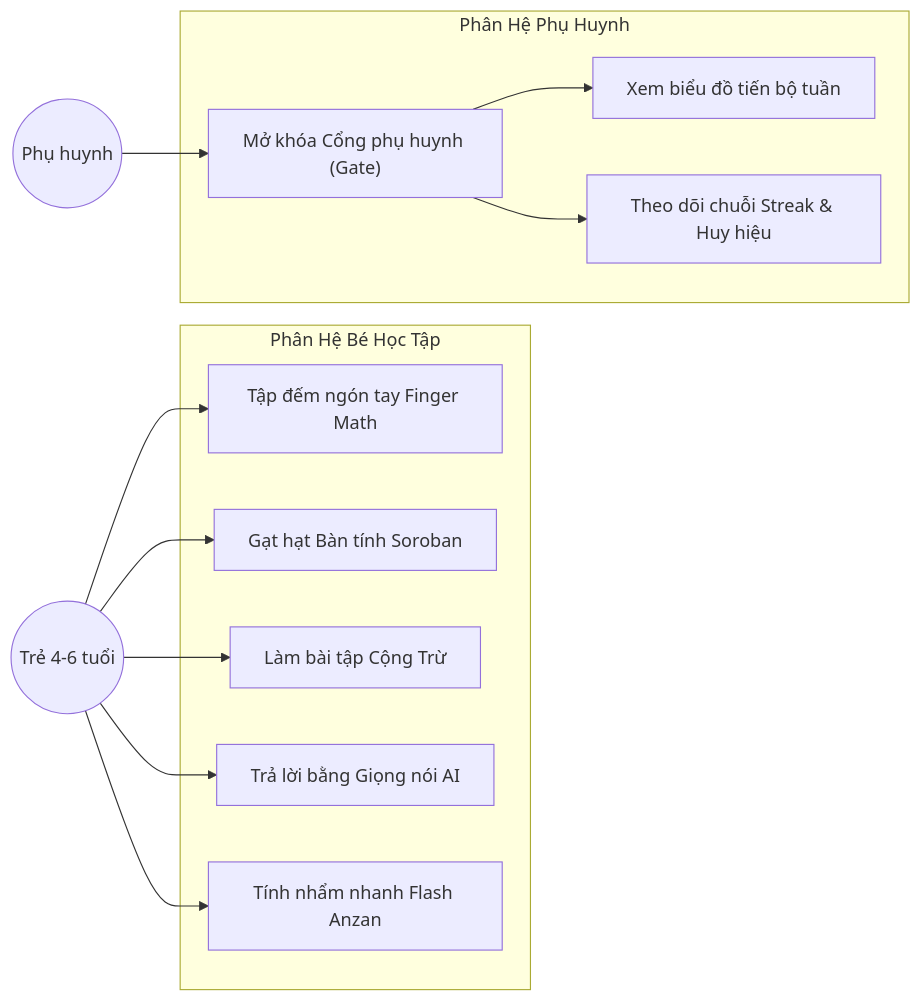
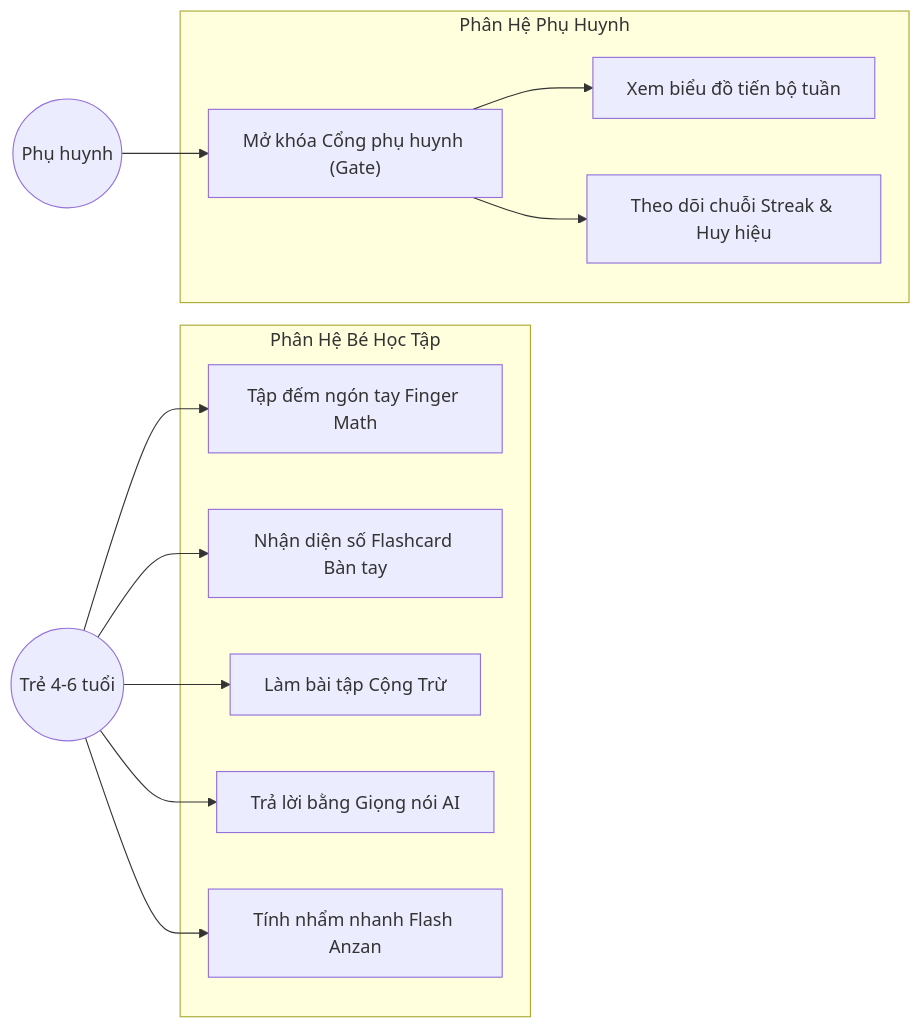
One commit to DuongNguyenAnhh-3185/baicuoiki changed the first of 2 diagrams in nhom15-65ktpm/docs/BAO_CAO_DO_AN.md. Above: the diagram before and after it, drawn with Mermaid. The commit also changed other lines of this file and 20 other files, not shown here.

````diff
--- a/nhom15-65ktpm/docs/BAO_CAO_DO_AN.md
+++ b/nhom15-65ktpm/docs/BAO_CAO_DO_AN.md
@@ -111,26 +111,26 @@
 ```mermaid
 flowchart LR
     subgraph TreEm ["Phân Hệ Bé Học Tập"]
         UC1["Tập đếm ngón tay Finger Math"]
-        UC2["Gạt hạt Bàn tính Soroban"]
+        UC2["Nhận diện số Flashcard Bàn tay"]
         UC3["Làm bài tập Cộng Trừ"]
         UC4["Trả lời bằng Giọng nói AI"]
         UC5["Tính nhẩm nhanh Flash Anzan"]
     end
 
     subgraph PhuHuynh ["Phân Hệ Phụ Huynh"]
         UC6["Mở khóa Cổng phụ huynh (Gate)"]
         UC7["Xem biểu đồ tiến bộ tuần"]
         UC8["Theo dõi chuỗi Streak & Huy hiệu"]
     end
 
     Kid(("Trẻ 4-6 tuổi")) --> UC1
     Kid --> UC2
     Kid --> UC3
     Kid --> UC4
     Kid --> UC5
 
     Parent(("Phụ huynh")) --> UC6
     UC6 --> UC7
     UC6 --> UC8
 ```
````
